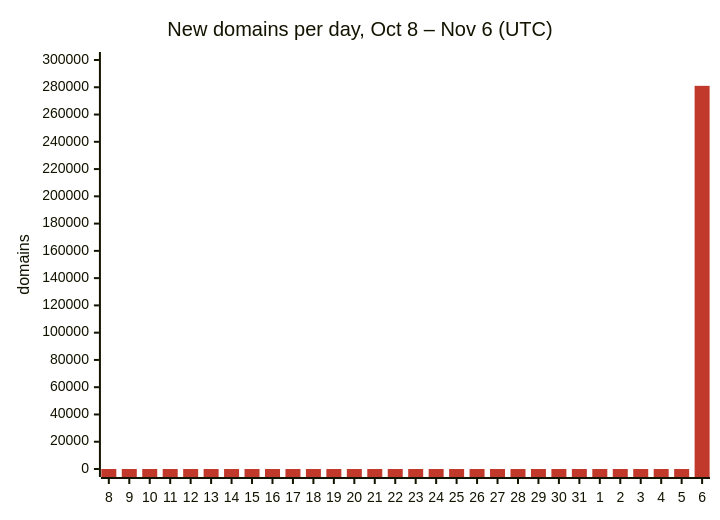
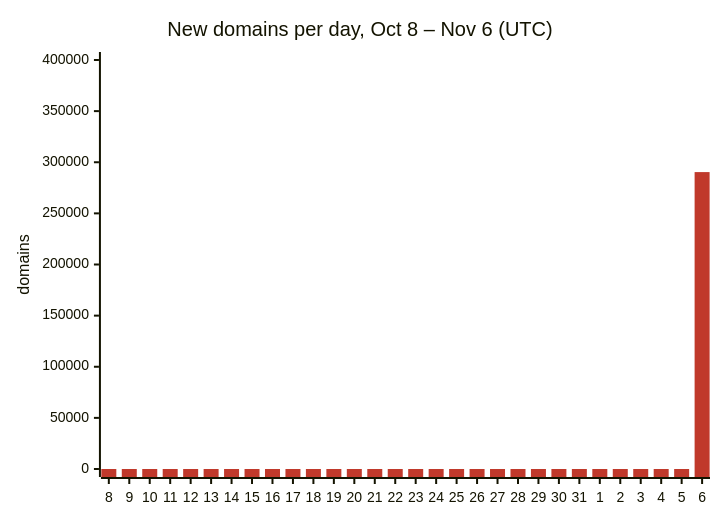
The first of 2 diagrams in README.md (DNSBunker/CTI), drawn with Mermaid before and after one commit. The commit also changed other lines of this file and 3 other files, not shown here.

````diff
--- a/README.md
+++ b/README.md
@@ -29,8 +29,8 @@
 ```mermaid
 %%{init: {"themeVariables": {"xyChart": {"plotColorPalette": "#c0392b"}}}}%%
 xychart-beta
     title "New domains per day, Oct 8 – Nov 6 (UTC)"
     x-axis ["8", "9", "10", "11", "12", "13", "14", "15", "16", "17", "18", "19", "20", "21", "22", "23", "24", "25", "26", "27", "28", "29", "30", "31", "1", "2", "3", "4", "5", "6"]
-    y-axis "domains" 0 --> 300000
-    bar [0, 0, 0, 0, 0, 0, 0, 0, 0, 0, 0, 0, 0, 0, 0, 0, 0, 0, 0, 0, 0, 0, 0, 0, 0, 0, 0, 0, 0, 281044]
+    y-axis "domains" 0 --> 400000
+    bar [0, 0, 0, 0, 0, 0, 0, 0, 0, 0, 0, 0, 0, 0, 0, 0, 0, 0, 0, 0, 0, 0, 0, 0, 0, 0, 0, 0, 0, 290373]
 ```
````
